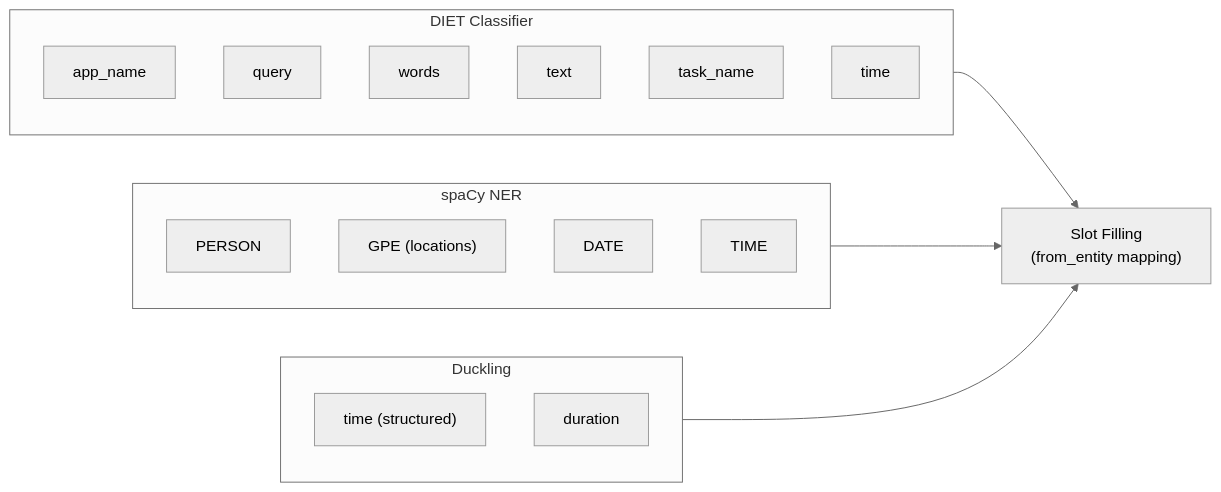
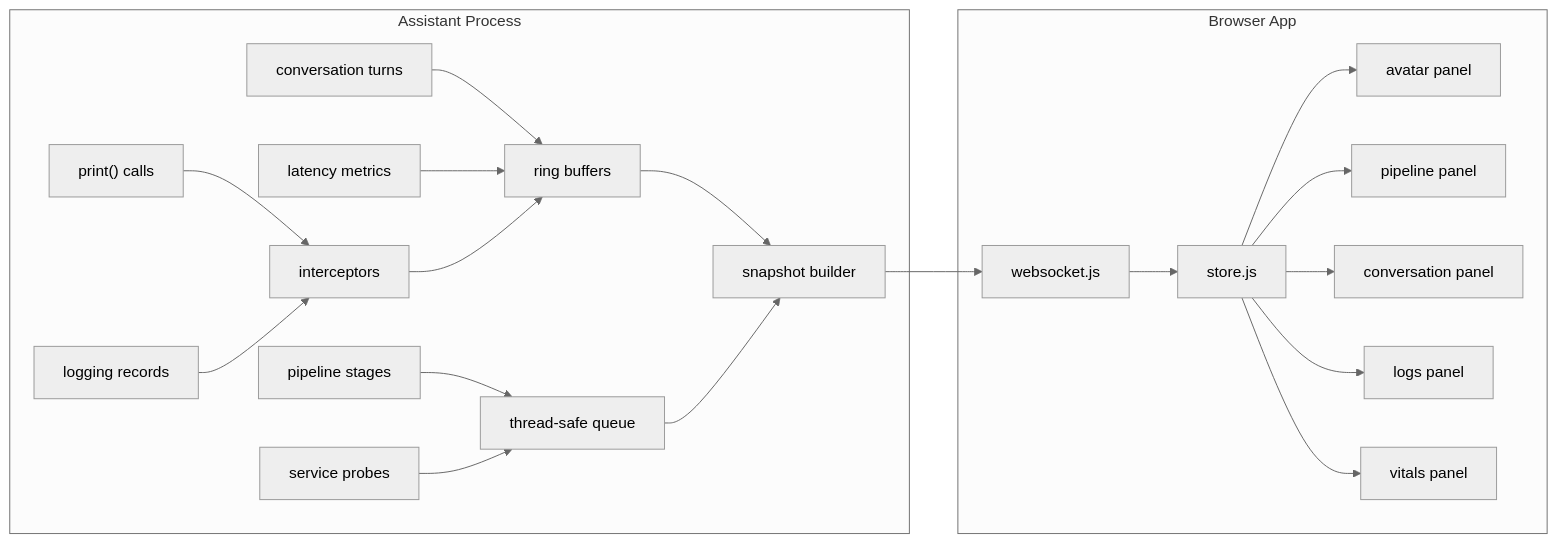
The third of 5 diagrams in docs/ARCHITECTURE.md (kumawat-aditya/elisa-assistant), drawn with Mermaid (neutral theme) before and after one commit. The commit also changed other lines of this file and 4 other files, not shown here.

````diff
--- a/docs/ARCHITECTURE.md
+++ b/docs/ARCHITECTURE.md
@@ -232,27 +164,43 @@
 ```mermaid
 graph LR
-    subgraph DIET["DIET Classifier"]
-        E1["app_name"]
-        E2["query"]
-        E3["words"]
-        E4["text"]
-        E5["task_name"]
-        E6["time"]
+    subgraph Assistant["Assistant Process"]
+        PRINT["print() calls"]
+        LOGS["logging records"]
+        PIPE["pipeline stages"]
+        TURNS["conversation turns"]
+        METRICS["latency metrics"]
+        HEALTH["service probes"]
+
+        INT["interceptors"]
+        QUEUE["thread-safe queue"]
+        SNAP["snapshot builder"]
+        RINGS["ring buffers"]
     end
 
-    subgraph SpaCy["spaCy NER"]
-        E7["PERSON"]
-        E8["GPE (locations)"]
-        E9["DATE"]
-        E10["TIME"]
+    subgraph Browser["Browser App"]
+        WSCLIENT["websocket.js"]
+        STORE["store.js"]
+        AV["avatar panel"]
+        PL["pipeline panel"]
+        CV["conversation panel"]
+        LG["logs panel"]
+        VT["vitals panel"]
     end
 
-    subgraph Duck["Duckling"]
-        E11["time (structured)"]
-        E12["duration"]
-    end
-
-    DIET --> SlotFilling["Slot Filling<br/>(from_entity mapping)"]
-    SpaCy --> SlotFilling
-    Duck --> SlotFilling
+    PRINT --> INT
+    LOGS --> INT
+    PIPE --> QUEUE
+    TURNS --> RINGS
+    METRICS --> RINGS
+    HEALTH --> QUEUE
+    INT --> RINGS
+    RINGS --> SNAP
+    QUEUE --> SNAP
+    SNAP --> WSCLIENT
+    WSCLIENT --> STORE
+    STORE --> AV
+    STORE --> PL
+    STORE --> CV
+    STORE --> LG
+    STORE --> VT
 ```
````
